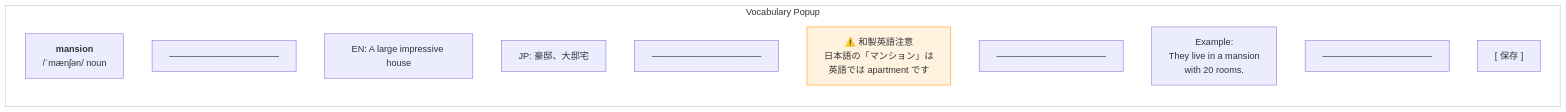
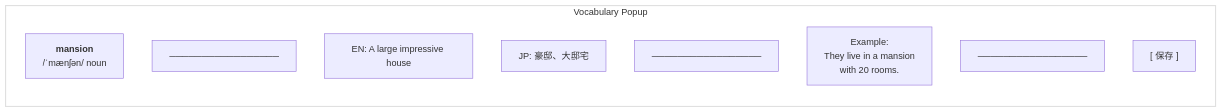
Before and after one commit to y-nagase25/realtime-chat: the fifth of 12 diagrams in specs/reading-practice/design-spec.md, drawn with Mermaid. The commit also changed other lines of this file and 10 other files, not shown here.

````diff
--- a/specs/reading-practice/design-spec.md
+++ b/specs/reading-practice/design-spec.md
@@ -280,19 +276,16 @@
 ```mermaid
 graph TD
     subgraph Popup["Vocabulary Popup"]
         direction TB
         WORD["<b>mansion</b><br/>/ˈmænʃən/ noun"]
         DIVIDER1["─────────────────"]
         DEF_EN["EN: A large impressive house"]
         DEF_JA["JP: 豪邸、大邸宅"]
         DIVIDER2["─────────────────"]
-        WARNING["⚠️ 和製英語注意<br/>日本語の「マンション」は<br/>英語では apartment です"]
+        EXAMPLE["Example:<br/>They live in a mansion<br/>with 20 rooms."]
         DIVIDER3["─────────────────"]
-        EXAMPLE["Example:<br/>They live in a mansion<br/>with 20 rooms."]
-        DIVIDER4["─────────────────"]
         SAVE_BTN["[ 保存 ]"]
     end
 
     style Popup fill:#ffffff,stroke:#e0e0e0,stroke-width:2px
-    style WARNING fill:#fff3e0,stroke:#ff9800
 ```
````
